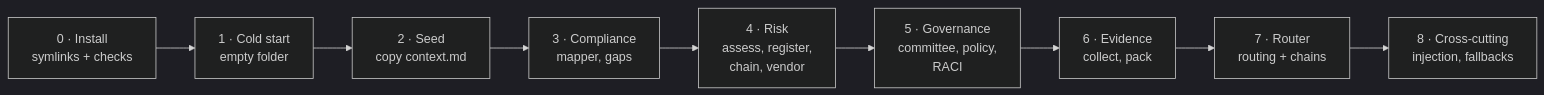
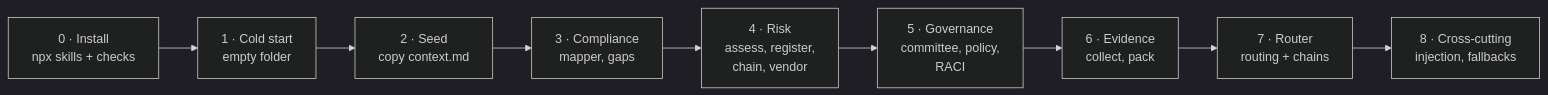
The first of 2 diagrams in docs/grc-test-plan/README.md (AnasSahel/agent-labs), drawn with Mermaid (dark theme) before and after one commit. The commit also changed other lines of this file, not shown here.

First line of the commit message:
docs(grc): install the skills with npx skills add, into the test folder

````diff
--- a/docs/grc-test-plan/README.md
+++ b/docs/grc-test-plan/README.md
@@ -13,11 +13,11 @@
 ```mermaid
 flowchart LR
-  P0["0 · Install<br/>symlinks + checks"] --> P1["1 · Cold start<br/>empty folder"]
+  P0["0 · Install<br/>npx skills + checks"] --> P1["1 · Cold start<br/>empty folder"]
   P1 --> P2["2 · Seed<br/>copy context.md"]
   P2 --> P3["3 · Compliance<br/>mapper, gaps"]
   P3 --> P4["4 · Risk<br/>assess, register,<br/>chain, vendor"]
   P4 --> P5["5 · Governance<br/>committee, policy,<br/>RACI"]
   P5 --> P6["6 · Evidence<br/>collect, pack"]
   P6 --> P7["7 · Router<br/>routing + chains"]
   P7 --> P8["8 · Cross-cutting<br/>injection, fallbacks"]
 ```
````
